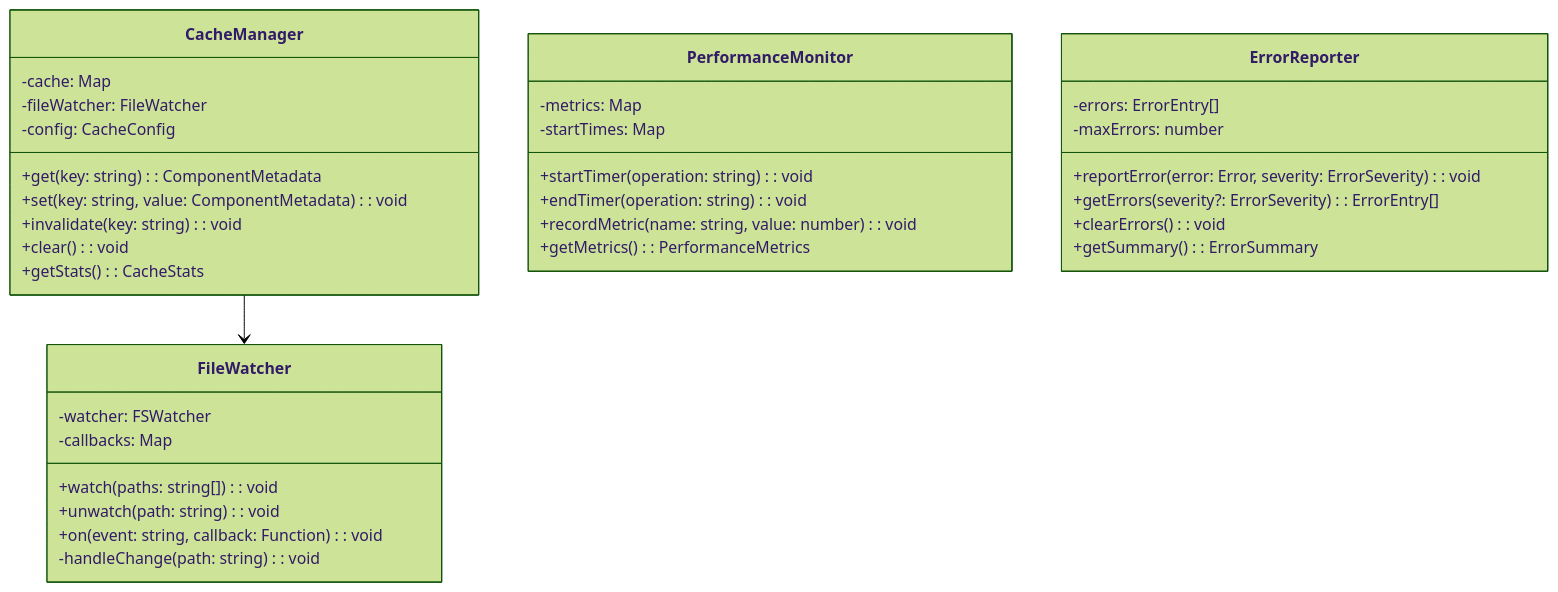
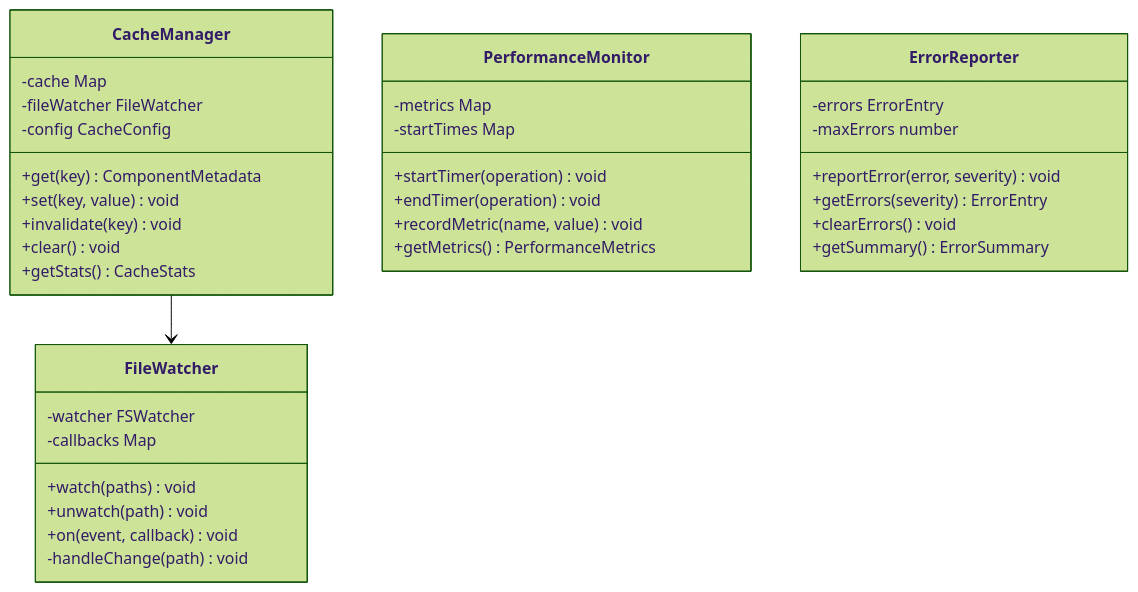
The third of 9 diagrams in docs/class-diagram.md (sean-sunagaku/component-design-system-mcp), drawn with Mermaid (forest theme) before and after one commit. The commit also changed other lines of this file and 2 other files, not shown here.

````diff
--- a/docs/class-diagram.md
+++ b/docs/class-diagram.md
@@ -87,42 +87,42 @@
 ```mermaid
 classDiagram
     class CacheManager {
-        -cache: Map<string, CacheEntry>
-        -fileWatcher: FileWatcher
-        -config: CacheConfig
-        +get(key: string): ComponentMetadata
-        +set(key: string, value: ComponentMetadata): void
-        +invalidate(key: string): void
-        +clear(): void
-        +getStats(): CacheStats
+        -cache Map
+        -fileWatcher FileWatcher
+        -config CacheConfig
+        +get(key) ComponentMetadata
+        +set(key, value) void
+        +invalidate(key) void
+        +clear() void
+        +getStats() CacheStats
     }
 
     class FileWatcher {
-        -watcher: FSWatcher
-        -callbacks: Map<string, Function>
-        +watch(paths: string[]): void
-        +unwatch(path: string): void
-        +on(event: string, callback: Function): void
-        -handleChange(path: string): void
+        -watcher FSWatcher
+        -callbacks Map
+        +watch(paths) void
+        +unwatch(path) void
+        +on(event, callback) void
+        -handleChange(path) void
     }
 
     class PerformanceMonitor {
-        -metrics: Map<string, Metric>
-        -startTimes: Map<string, number>
-        +startTimer(operation: string): void
-        +endTimer(operation: string): void
-        +recordMetric(name: string, value: number): void
-        +getMetrics(): PerformanceMetrics
+        -metrics Map
+        -startTimes Map
+        +startTimer(operation) void
+        +endTimer(operation) void
+        +recordMetric(name, value) void
+        +getMetrics() PerformanceMetrics
     }
 
     class ErrorReporter {
-        -errors: ErrorEntry[]
-        -maxErrors: number
-        +reportError(error: Error, severity: ErrorSeverity): void
-        +getErrors(severity?: ErrorSeverity): ErrorEntry[]
-        +clearErrors(): void
-        +getSummary(): ErrorSummary
+        -errors ErrorEntry
+        -maxErrors number
+        +reportError(error, severity) void
+        +getErrors(severity) ErrorEntry
+        +clearErrors() void
+        +getSummary() ErrorSummary
     }
 
     CacheManager --> FileWatcher
 ```
````
